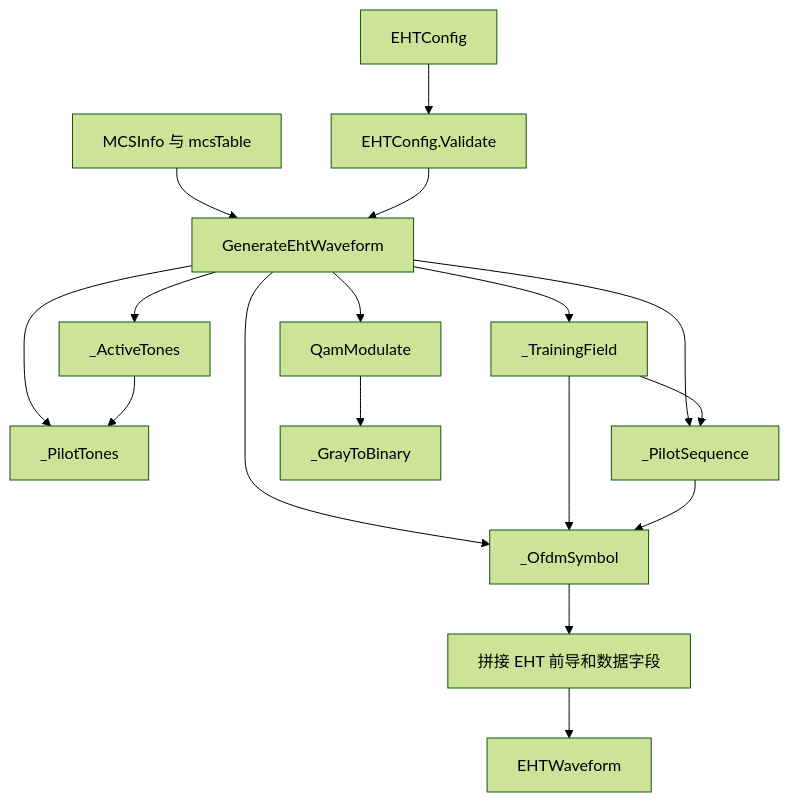
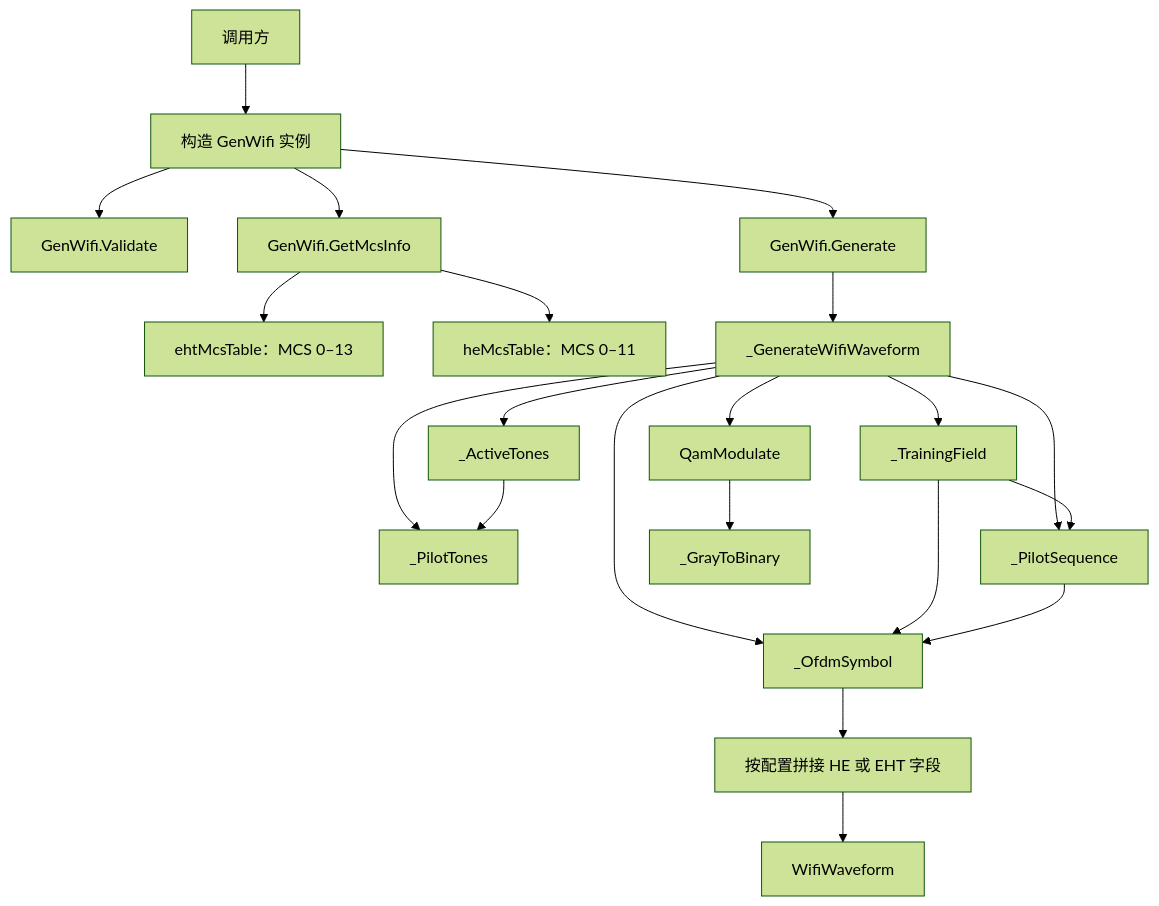
One commit to niyilu45/DPD_ILC changed the second of 9 diagrams in README.md. Above: the diagram before and after it, drawn with Mermaid (forest theme). The commit also changed other lines of this file and 8 other files, not shown here.

````diff
--- a/README.md
+++ b/README.md
@@ -79,21 +81,25 @@
 ```mermaid
 flowchart TD
-    mcsInfo["MCSInfo 与 mcsTable"] --> generate["GenerateEhtWaveform"]
-    config["EHTConfig"] --> validate["EHTConfig.Validate"]
-    validate --> generate
+    caller["调用方"] --> config["构造 GenWifi 实例"]
+    config --> validate["GenWifi.Validate"]
+    config --> mcs["GenWifi.GetMcsInfo"]
+    config --> generate["GenWifi.Generate"]
+    mcs --> ehtTable["ehtMcsTable：MCS 0–13"]
+    mcs --> heTable["heMcsTable：MCS 0–11"]
+    generate --> privateGenerate["_GenerateWifiWaveform"]
 
-    generate --> active["_ActiveTones"]
-    generate --> pilots["_PilotTones"]
+    privateGenerate --> active["_ActiveTones"]
+    privateGenerate --> pilots["_PilotTones"]
     active --> pilots
-    generate --> training["_TrainingField"]
-    generate --> qam["QamModulate"]
-    generate --> pilotSequence["_PilotSequence"]
-    generate --> ofdm["_OfdmSymbol"]
+    privateGenerate --> training["_TrainingField"]
+    privateGenerate --> qam["QamModulate"]
+    privateGenerate --> pilotSequence["_PilotSequence"]
+    privateGenerate --> ofdm["_OfdmSymbol"]
 
     qam --> gray["_GrayToBinary"]
     training --> pilotSequence
     training --> ofdm
     pilotSequence --> ofdm
-    ofdm --> packet["拼接 EHT 前导和数据字段"]
-    packet --> waveform["EHTWaveform"]
+    ofdm --> packet["按配置拼接 HE 或 EHT 字段"]
+    packet --> waveform["WifiWaveform"]
 ```
````
